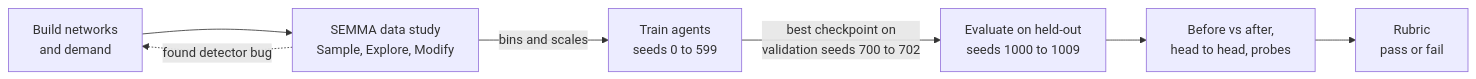
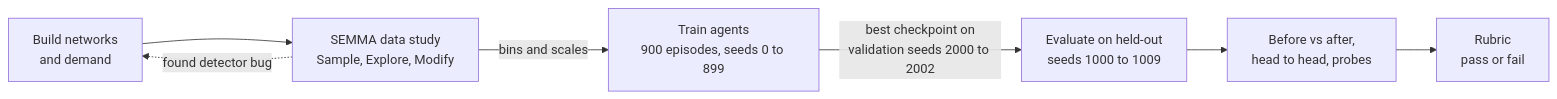
One commit to Chimwemwe-127001/smart-traffic-light-rl changed the first of 2 diagrams in README.md. Above: the diagram before and after it, drawn with Mermaid. The commit also changed other lines of this file, not shown here.

````diff
--- a/README.md
+++ b/README.md
@@ -79,9 +79,9 @@
 ```mermaid
 flowchart LR
     A[Build networks<br/>and demand] --> B[SEMMA data study<br/>Sample, Explore, Modify]
-    B -->|bins and scales| C[Train agents<br/>seeds 0 to 599]
-    C -->|best checkpoint on<br/>validation seeds 700 to 702| D[Evaluate on held-out<br/>seeds 1000 to 1009]
+    B -->|bins and scales| C[Train agents<br/>900 episodes, seeds 0 to 899]
+    C -->|best checkpoint on<br/>validation seeds 2000 to 2002| D[Evaluate on held-out<br/>seeds 1000 to 1009]
     D --> E[Before vs after,<br/>head to head, probes]
     E --> F[Rubric<br/>pass or fail]
     B -.->|found detector bug| A
 ```
````
